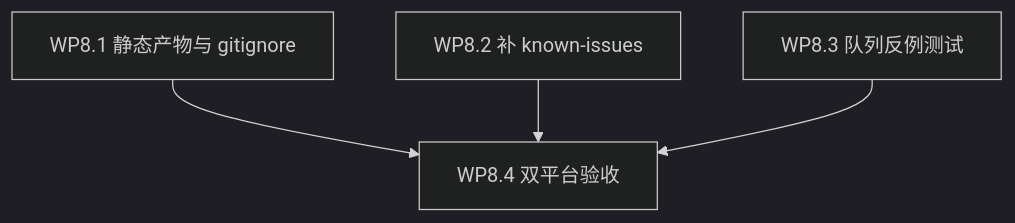
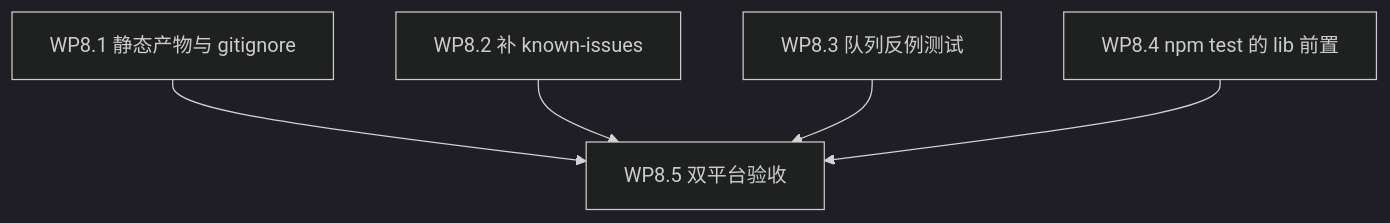
Before and after one commit to alicia1030su/ai-debate: the diagram in docs/task-plan.md, drawn with Mermaid (dark theme). The commit also changed other lines of this file and 4 other files, not shown here.

````diff
--- a/docs/task-plan.md
+++ b/docs/task-plan.md
@@ -110,6 +121,7 @@
 ```mermaid
 graph TD
-  WP81[WP8.1 静态产物与 gitignore] --> WP84[WP8.4 双平台验收]
-  WP82[WP8.2 补 known-issues] --> WP84
-  WP83[WP8.3 队列反例测试] --> WP84
+  WP81[WP8.1 静态产物与 gitignore] --> WP85[WP8.5 双平台验收]
+  WP82[WP8.2 补 known-issues] --> WP85
+  WP83[WP8.3 队列反例测试] --> WP85
+  WP84[WP8.4 npm test 的 lib 前置] --> WP85
 ```
````
